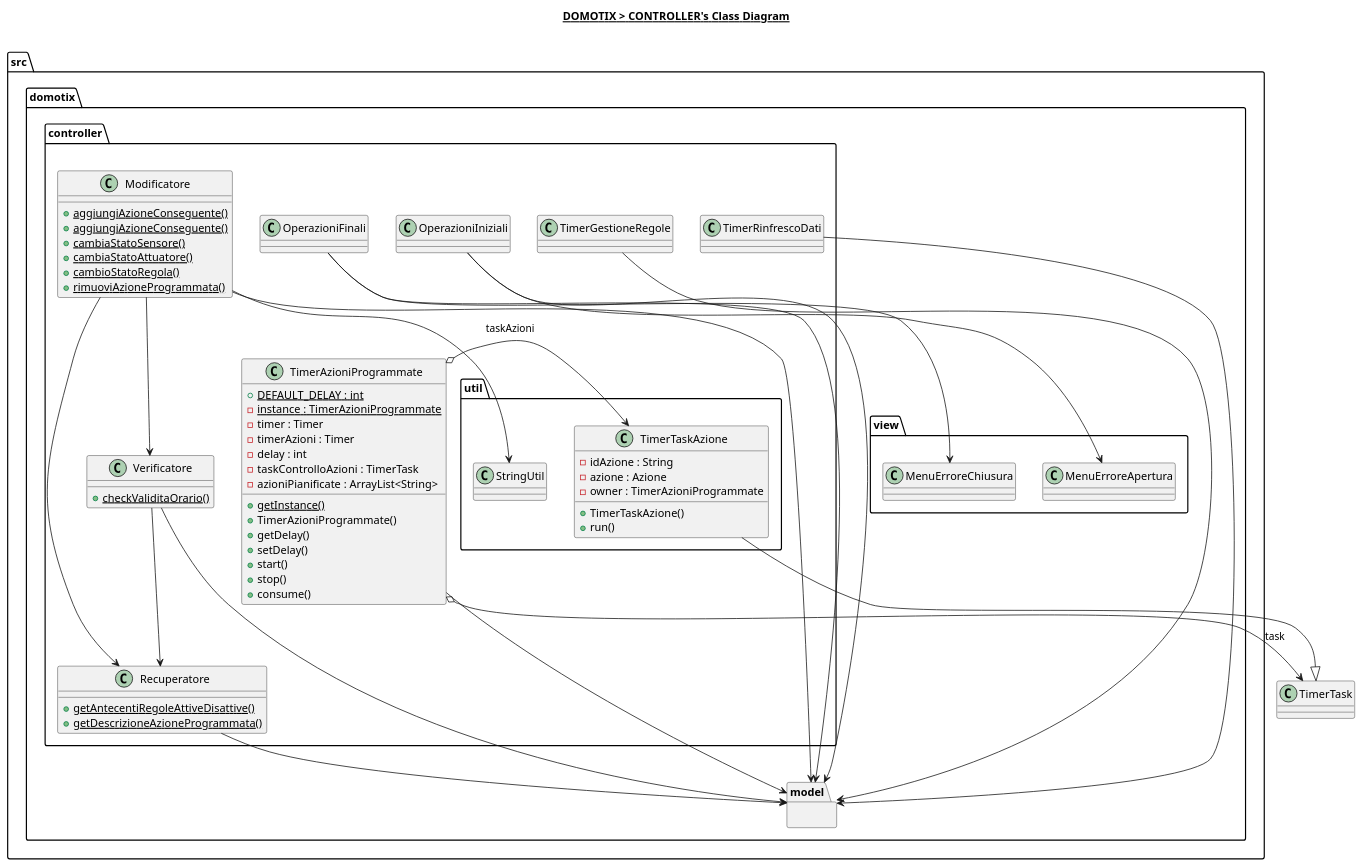
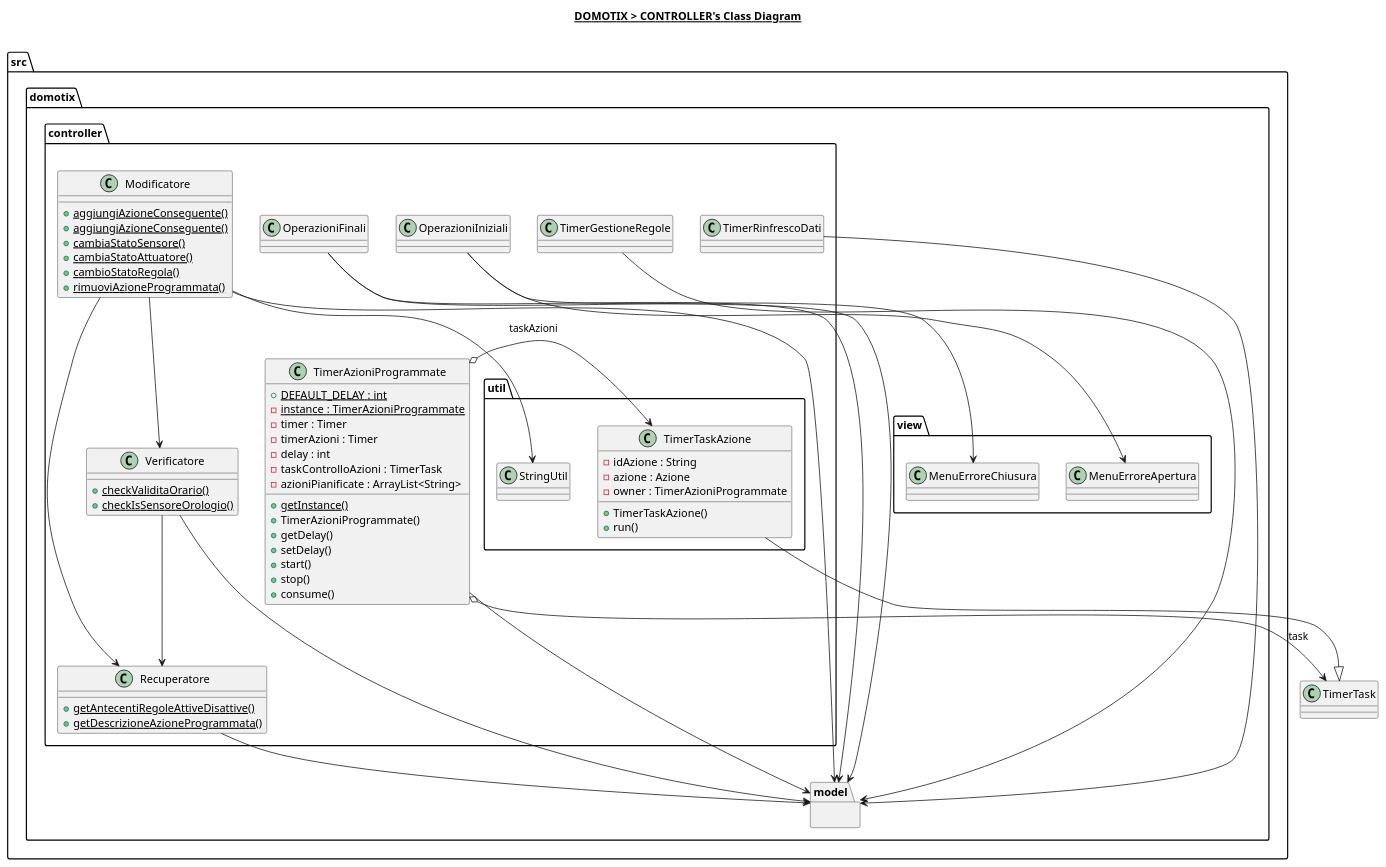
The diagram in src/domotix/controller/controller.plantuml (Edoar-do/Domotix), drawn with PlantUML before and after one commit. The commit also changed 17 other files, not shown here.

```diff
--- a/src/domotix/controller/controller.plantuml
+++ b/src/domotix/controller/controller.plantuml
@@ -1,95 +1,96 @@
 @startuml
 
 title __DOMOTIX > CONTROLLER's Class Diagram__\n
 
 namespace src.domotix.controller {
     class src.domotix.controller.Modificatore {
         {static} + aggiungiAzioneConseguente()
         {static} + aggiungiAzioneConseguente()
         {static} + cambiaStatoSensore()
         {static} + cambiaStatoAttuatore()
         {static} + cambioStatoRegola()
         {static} + rimuoviAzioneProgrammata()
     }
 
     class src.domotix.controller.OperazioniFinali {
 
     }
 
     class src.domotix.controller.OperazioniIniziali {
 
     }
 
     class src.domotix.controller.Recuperatore {
         {static} + getAntecentiRegoleAttiveDisattive()
         {static} + getDescrizioneAzioneProgrammata()
     }
 
     class src.domotix.controller.Verificatore {
         {static} + checkValiditaOrario()
+        {static} + checkIsSensoreOrologio()
     }
 
     class src.domotix.controller.TimerGestioneRegole {
     }
 
     class src.domotix.controller.TimerRinfrescoDati {
     }
 
     class src.domotix.controller.TimerAzioniProgrammate {
         {static} + DEFAULT_DELAY : int
         {static} - instance : TimerAzioniProgrammate
         - timer : Timer
         - timerAzioni : Timer
         - delay : int
         - taskControlloAzioni : TimerTask
         - azioniPianificate : ArrayList<String>
         {static} + getInstance()
         + TimerAzioniProgrammate()
         + getDelay()
         + setDelay()
         + start()
         + stop()
         + consume()
     }
 
     namespace util {
         class src.domotix.controller.util.StringUtil {
         }
         class src.domotix.controller.util.TimerTaskAzione {
             - idAzione : String
             - azione : Azione
             - owner : TimerAzioniProgrammate
             + TimerTaskAzione()
             + run()
         }
     }
 }
 
 namespace src.domotix.model {
 
 }
 
 src.domotix.controller.Modificatore --> src.domotix.controller.util.StringUtil
 src.domotix.controller.Modificatore --> src.domotix.controller.Recuperatore
 src.domotix.controller.Modificatore --> src.domotix.controller.Verificatore
 src.domotix.controller.Modificatore --> src.domotix.model
 
 src.domotix.controller.Verificatore --> src.domotix.controller.Recuperatore
 src.domotix.controller.Verificatore --> src.domotix.model
 
 src.domotix.controller.Recuperatore --> src.domotix.model
 
 src.domotix.controller.OperazioniIniziali --> src.domotix.model
 src.domotix.controller.OperazioniIniziali --> src.domotix.view.MenuErroreApertura
 
 src.domotix.controller.OperazioniFinali --> src.domotix.model
 src.domotix.controller.OperazioniFinali --> src.domotix.view.MenuErroreChiusura
 
 src.domotix.controller.TimerGestioneRegole --> src.domotix.model
 src.domotix.controller.TimerRinfrescoDati --> src.domotix.model
 src.domotix.controller.TimerAzioniProgrammate --> src.domotix.model
 src.domotix.controller.TimerAzioniProgrammate o-> TimerTask : task
 src.domotix.controller.TimerAzioniProgrammate o-> src.domotix.controller.util.TimerTaskAzione : taskAzioni
 src.domotix.controller.util.TimerTaskAzione --|> TimerTask
 
 @enduml
```
